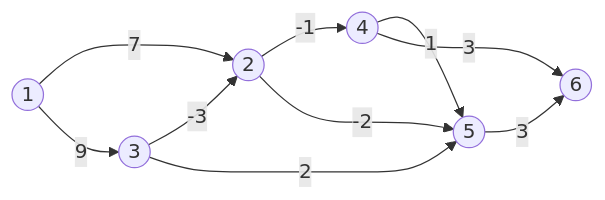
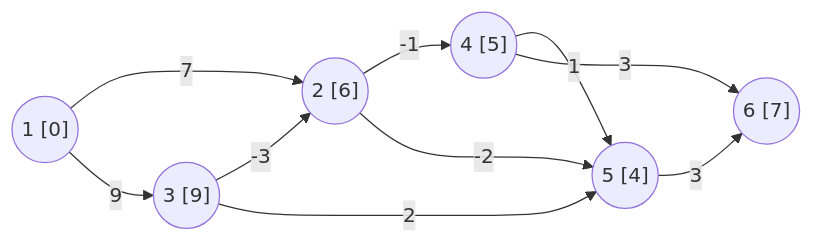
One commit to xarll/vpr changed the diagram in items/expop/lab/lab2_3/README.md. Above: the diagram before and after it, drawn with Mermaid.

Commit message:
Update README.md
добавлены кротчайшие пути до вершин графа

````diff
--- a/items/expop/lab/lab2_3/README.md
+++ b/items/expop/lab/lab2_3/README.md
@@ -11,14 +11,14 @@
 ```mermaid
 flowchart LR
 
-1((1)) -- 7 -->2((2))
-1((1)) -- 9 -->3((3))
-2((2)) -- -1 -->4((4))
-2((2)) -- -2 -->5((5))
-3((3)) -- -3 -->2((2))
-3((3)) -- 2 -->5((5))
-4((4)) -- 1 -->5((5))
-4((4)) -- 3 -->6((6))
-5((5)) -- 3 -->6((6))
+1(("1 [0]")) -- 7 -->2(("2 [6]"))
+1(("1 [0]")) -- 9 -->3(("3 [9]"))
+2(("2 [6]")) -- -1 -->4(("4 [5]"))
+2(("2 [6]")) -- -2 -->5(("5 [4]"))
+3(("3 [9]")) -- -3 -->2(("2 [6]"))
+3(("3 [9]")) -- 2 -->5(("5 [4]"))
+4(("4 [5]")) -- 1 -->5(("5 [4]"))
+4(("4 [5]")) -- 3 -->6(("6 [7]"))
+5(("5 [4]")) -- 3 -->6(("6 [7]"))
 
 ```
````
